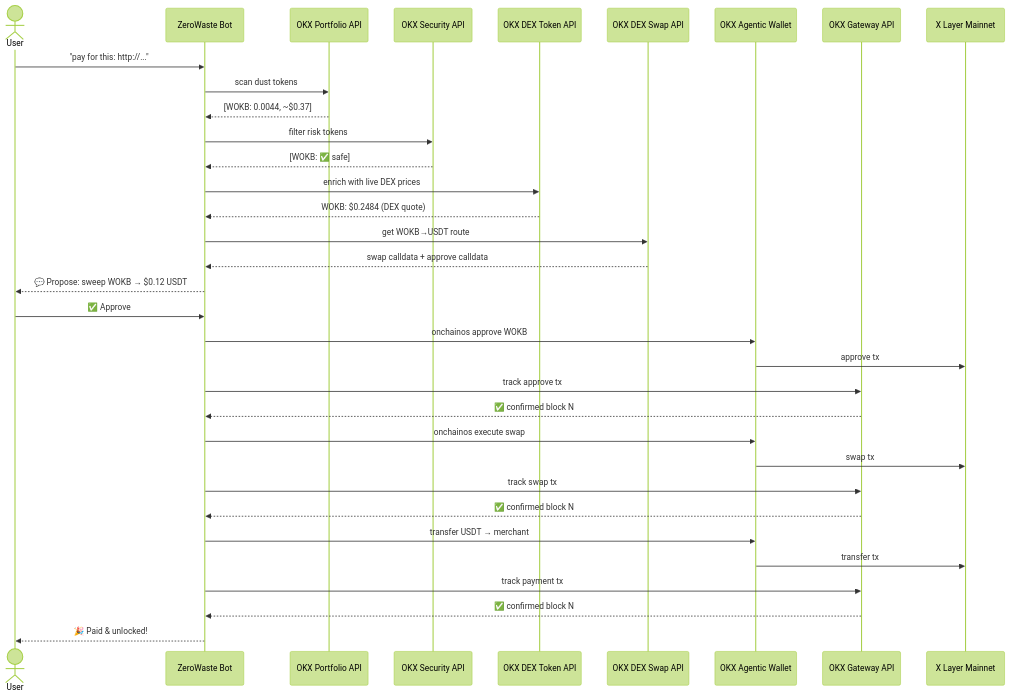
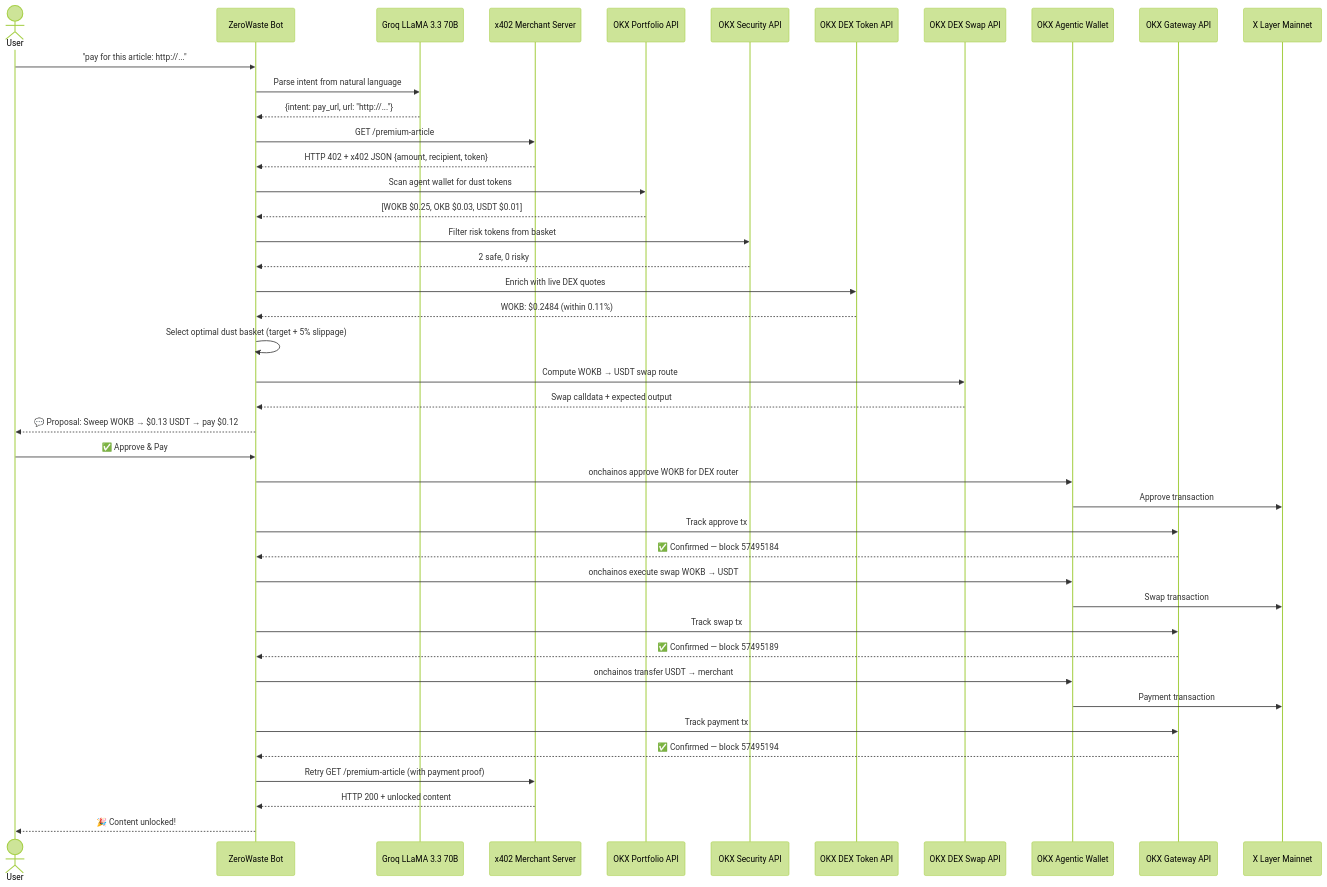
Before and after one commit to Raksha001/ZeroWaste-Protocol: the second of 2 diagrams in README.md, drawn with Mermaid (forest theme). The commit also changed other lines of this file, not shown here.

Commit message:
docs: align README to hackathon requirements — proper architecture diagram, single sequence diagram, all required sections

````diff
--- a/README.md
+++ b/README.md
@@ -95,37 +148,56 @@
 ```mermaid
 sequenceDiagram
     actor User
     participant Bot as ZeroWaste Bot
-    participant OKXPortfolio as OKX Portfolio API
-    participant OKXSecurity as OKX Security API
-    participant OKXToken as OKX DEX Token API
-    participant OKXSwap as OKX DEX Swap API
+    participant Groq as Groq LLaMA 3.3 70B
+    participant Merchant as x402 Merchant Server
+    participant Portfolio as OKX Portfolio API
+    participant Security as OKX Security API
+    participant DEXToken as OKX DEX Token API
+    participant DEXSwap as OKX DEX Swap API
     participant Wallet as OKX Agentic Wallet
     participant Gateway as OKX Gateway API
-    participant Chain as X Layer Mainnet
+    participant XLayer as X Layer Mainnet
 
-    User->>Bot: "pay for this: http://..."
-    Bot->>OKXPortfolio: scan dust tokens
-    OKXPortfolio-->>Bot: [WOKB: 0.0044, ~$0.37]
-    Bot->>OKXSecurity: filter risk tokens
-    OKXSecurity-->>Bot: [WOKB: ✅ safe]
-    Bot->>OKXToken: enrich with live DEX prices
-    OKXToken-->>Bot: WOKB: $0.2484 (DEX quote)
-    Bot->>OKXSwap: get WOKB→USDT route
-    OKXSwap-->>Bot: swap calldata + approve calldata
-    Bot-->>User: 💬 Propose: sweep WOKB → $0.12 USDT
-    User->>Bot: ✅ Approve
-    Bot->>Wallet: onchainos approve WOKB
-    Wallet->>Chain: approve tx
-    Bot->>Gateway: track approve tx
-    Gateway-->>Bot: ✅ confirmed block N
-    Bot->>Wallet: onchainos execute swap
-    Wallet->>Chain: swap tx
-    Bot->>Gateway: track swap tx
-    Gateway-->>Bot: ✅ confirmed block N
-    Bot->>Wallet: transfer USDT → merchant
-    Wallet->>Chain: transfer tx
-    Bot->>Gateway: track payment tx
-    Gateway-->>Bot: ✅ confirmed block N
-    Bot-->>User: 🎉 Paid & unlocked!
+    User->>Bot: "pay for this article: http://..."
+    Bot->>Groq: Parse intent from natural language
+    Groq-->>Bot: {intent: pay_url, url: "http://..."}
+
+    Bot->>Merchant: GET /premium-article
+    Merchant-->>Bot: HTTP 402 + x402 JSON {amount, recipient, token}
+
+    Bot->>Portfolio: Scan agent wallet for dust tokens
+    Portfolio-->>Bot: [WOKB $0.25, OKB $0.03, USDT $0.01]
+
+    Bot->>Security: Filter risk tokens from basket
+    Security-->>Bot: 2 safe, 0 risky
+
+    Bot->>DEXToken: Enrich with live DEX quotes
+    DEXToken-->>Bot: WOKB: $0.2484 (within 0.11%)
+
+    Bot->>Bot: Select optimal dust basket (target + 5% slippage)
+    Bot->>DEXSwap: Compute WOKB → USDT swap route
+    DEXSwap-->>Bot: Swap calldata + expected output
+
+    Bot-->>User: 💬 Proposal: Sweep WOKB → $0.13 USDT → pay $0.12
+    User->>Bot: ✅ Approve & Pay
+
+    Bot->>Wallet: onchainos approve WOKB for DEX router
+    Wallet->>XLayer: Approve transaction
+    Bot->>Gateway: Track approve tx
+    Gateway-->>Bot: ✅ Confirmed — block 57495184
+
+    Bot->>Wallet: onchainos execute swap WOKB → USDT
+    Wallet->>XLayer: Swap transaction
+    Bot->>Gateway: Track swap tx
+    Gateway-->>Bot: ✅ Confirmed — block 57495189
+
+    Bot->>Wallet: onchainos transfer USDT → merchant
+    Wallet->>XLayer: Payment transaction
+    Bot->>Gateway: Track payment tx
+    Gateway-->>Bot: ✅ Confirmed — block 57495194
+
+    Bot->>Merchant: Retry GET /premium-article (with payment proof)
+    Merchant-->>Bot: HTTP 200 + unlocked content
+    Bot-->>User: 🎉 Content unlocked!
 ```
````
